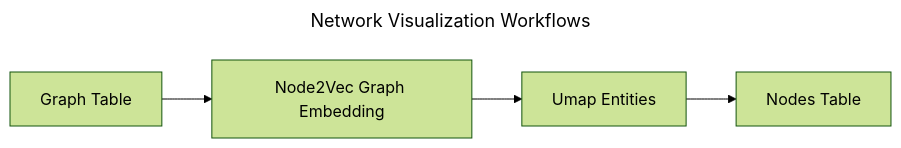
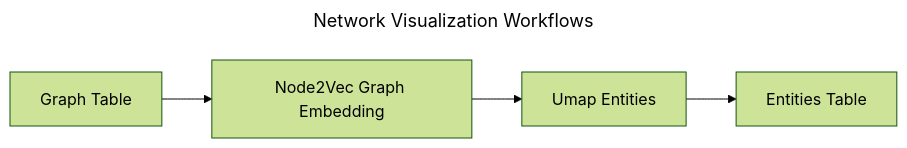
One commit to microsoft/graphrag changed the seventh of 8 diagrams in docs/index/default_dataflow.md. Above: the diagram before and after it, drawn with Mermaid (forest theme). The commit also changed other lines of this file and 2 other files, not shown here.

````diff
--- a/docs/index/default_dataflow.md
+++ b/docs/index/default_dataflow.md
@@ -184,7 +183,7 @@
 ```mermaid
 ---
 title: Network Visualization Workflows
 ---
 flowchart LR
-    ag[Graph Table] --> ge[Node2Vec Graph Embedding] --> ne[Umap Entities] --> ng[Nodes Table]
+    ag[Graph Table] --> ge[Node2Vec Graph Embedding] --> ne[Umap Entities] --> ng[Entities Table]
 ```
````
